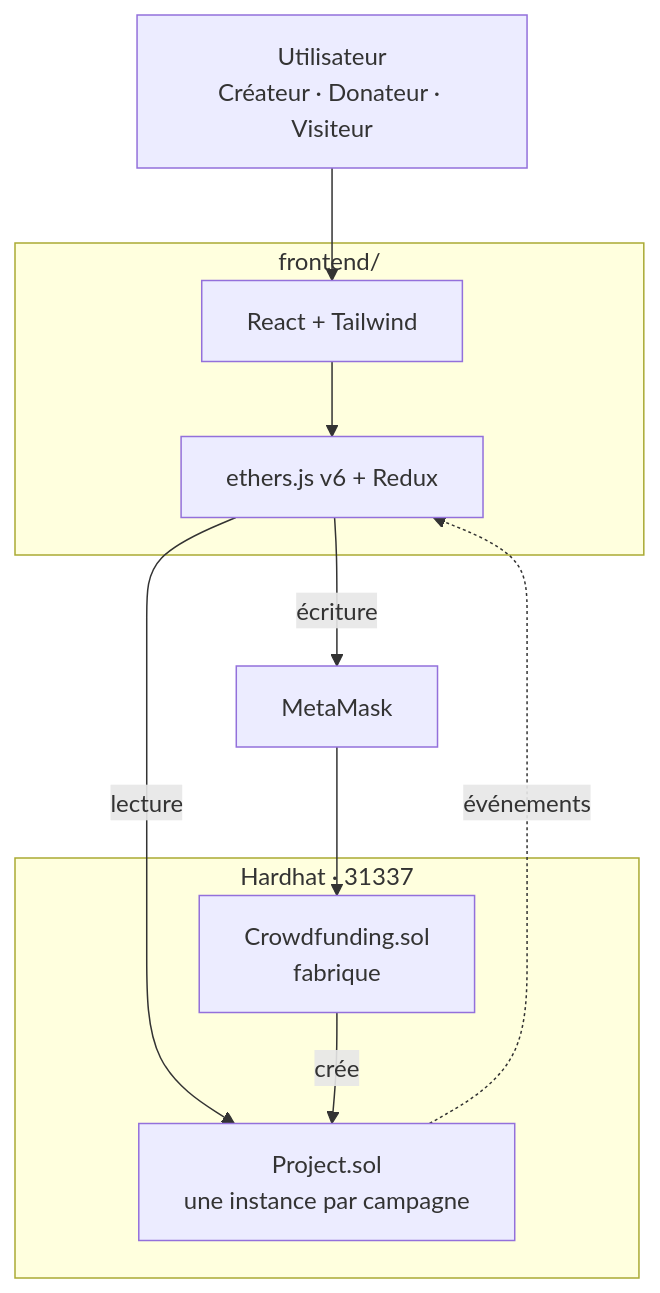
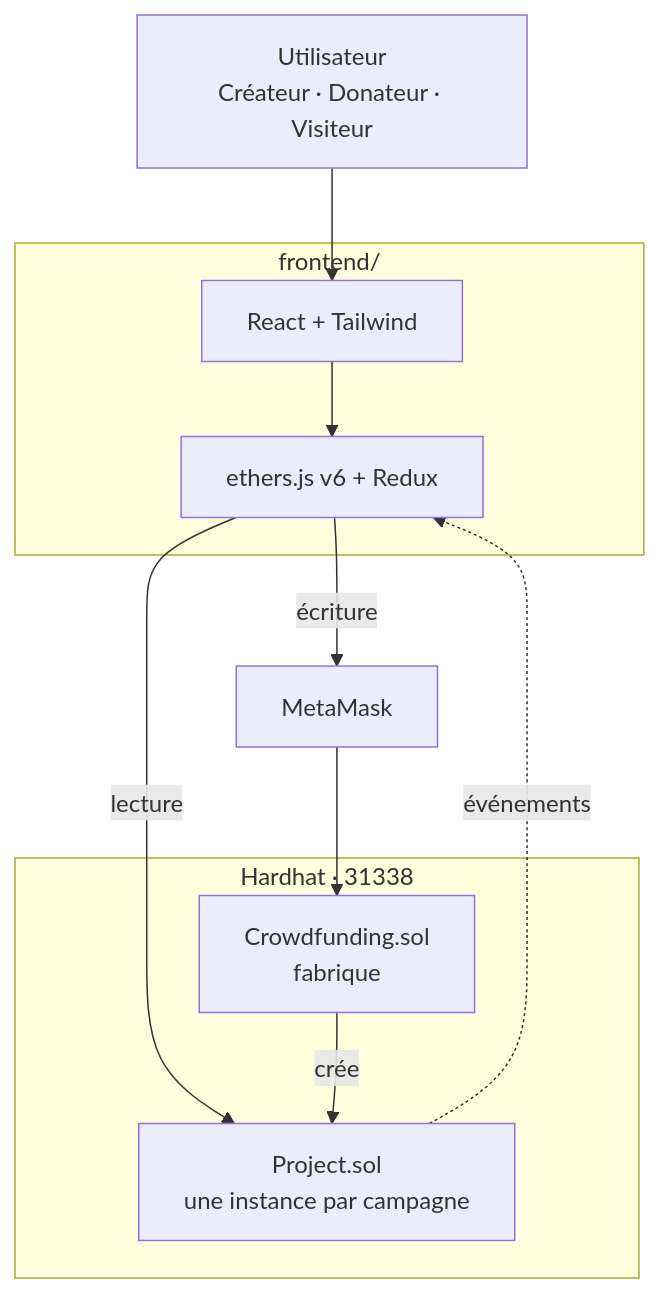
One commit to Chaksterr/Crowdfunding-blockchain changed the first of 2 diagrams in docs/commun/rapport/RAPPORT.md. Above: the diagram before and after it, drawn with Mermaid. The commit also changed other lines of this file and 27 other files, not shown here.

````diff
--- a/docs/commun/rapport/RAPPORT.md
+++ b/docs/commun/rapport/RAPPORT.md
@@ -73,18 +73,18 @@
 ```mermaid
 flowchart TB
     U["Utilisateur<br/>Créateur · Donateur · Visiteur"]
     subgraph FRONT["frontend/"]
         UI["React + Tailwind"]
         W3["ethers.js v6 + Redux"]
     end
     MM["MetaMask"]
-    subgraph CHAIN["Hardhat · 31337"]
+    subgraph CHAIN["Hardhat · 31338"]
         F["Crowdfunding.sol<br/>fabrique"]
         P["Project.sol<br/>une instance par campagne"]
     end
     U --> UI --> W3
     W3 -- écriture --> MM --> F
     W3 -- lecture --> P
     F -- crée --> P
     P -. événements .-> W3
 ```
````
